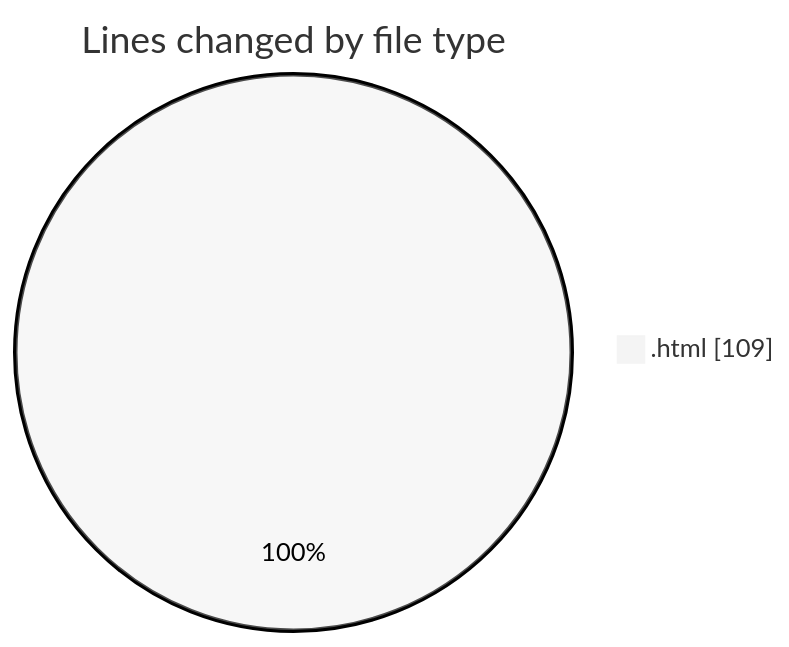
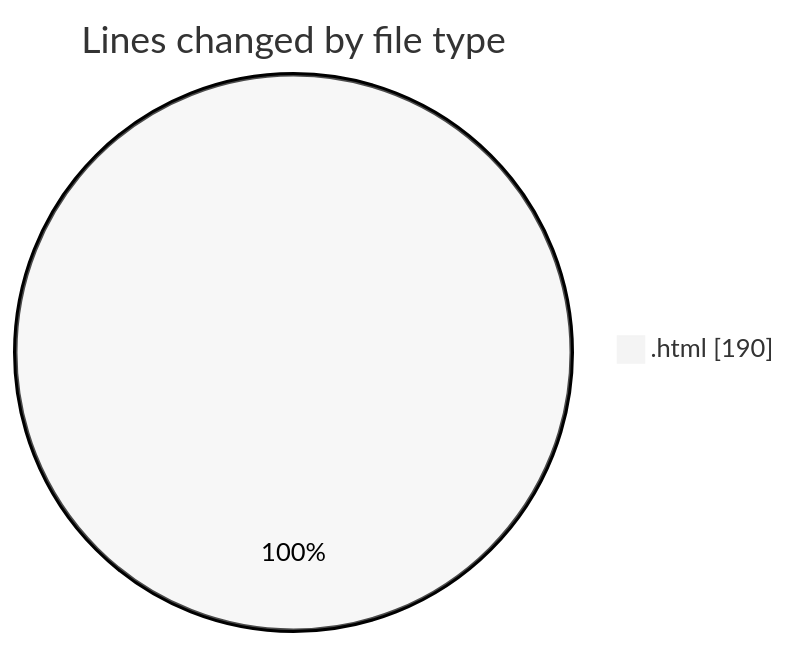
One commit to nxtqubesakshisongat/code-tracking changed the first of 2 diagrams in 2025-08-10/nxtqube_webapp/README.md. Above: the diagram before and after it, drawn with Mermaid (neutral theme). The commit also changed other lines of this file and 1 other file, not shown here.

````diff
--- a/2025-08-10/nxtqube_webapp/README.md
+++ b/2025-08-10/nxtqube_webapp/README.md
@@ -20,5 +21,5 @@
 ```mermaid
 pie showData
 title Lines changed by file type
-".html" : 109
+".html" : 190
 ```
````
